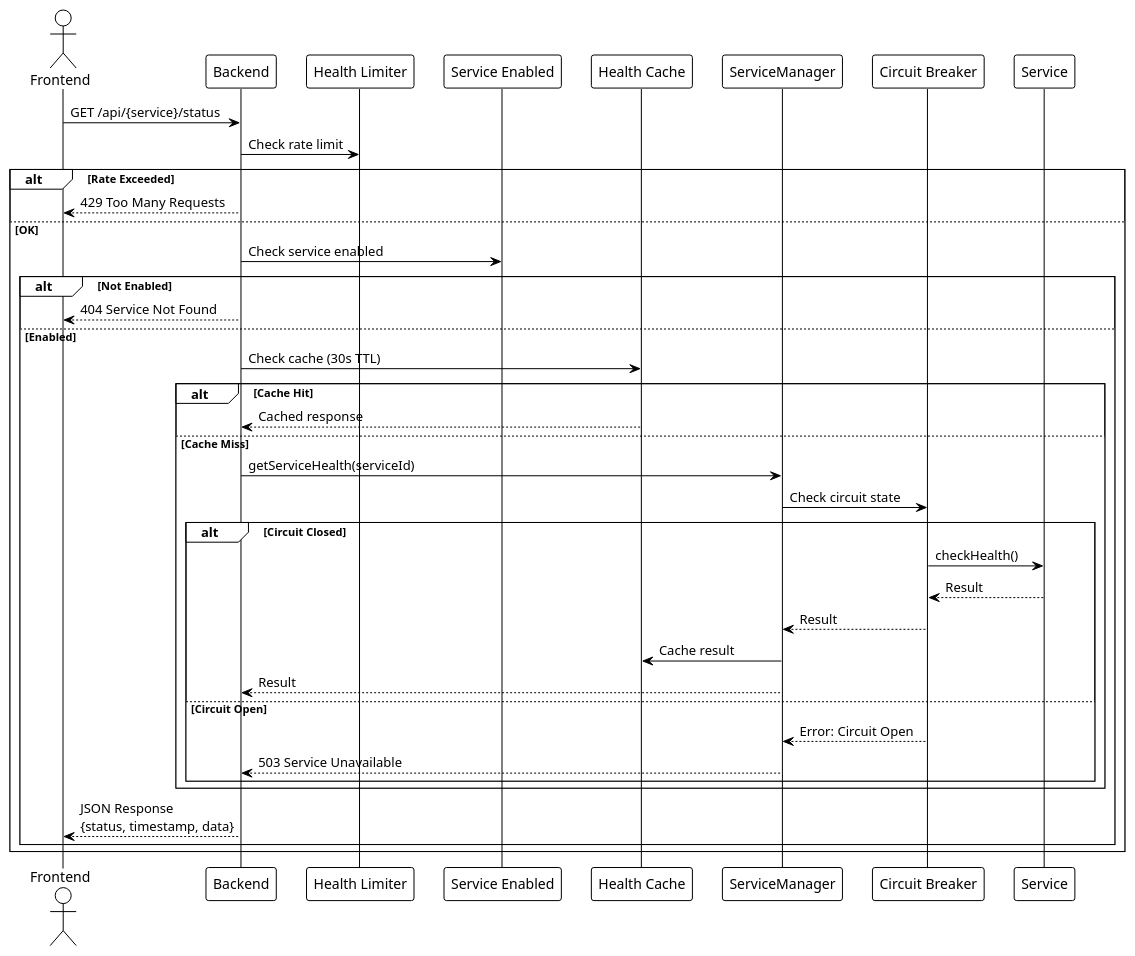
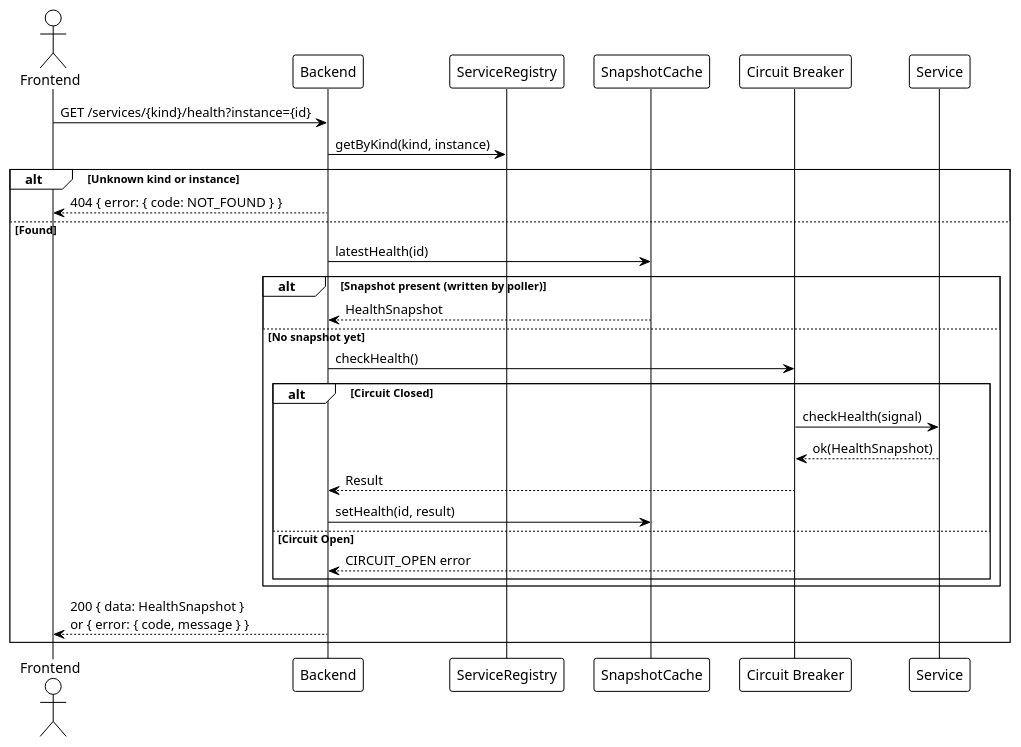
One commit to EraPartner/Watchman changed the first of 3 diagrams in docs/features/service-monitoring.md. Above: the diagram before and after it, drawn with PlantUML. The commit also changed other lines of this file and 32 other files, not shown here.

````diff
--- a/docs/features/service-monitoring.md
+++ b/docs/features/service-monitoring.md
@@ -163,44 +161,34 @@
 ```plantuml
 @startuml
 !theme plain
 
 actor "Frontend" as FE
 participant "Backend" as BE
-participant "Health Limiter" as RateLimit
-participant "Service Enabled" as SvcEnabled
-participant "Health Cache" as Cache
-participant "ServiceManager" as SvcMgr
+participant "ServiceRegistry" as Reg
+participant "SnapshotCache" as Cache
 participant "Circuit Breaker" as CB
 participant "Service" as Svc
 
-FE -> BE : GET /api/{service}/status
-BE -> RateLimit : Check rate limit
-alt Rate Exceeded
-    BE --> FE : 429 Too Many Requests
-else OK
-    BE -> SvcEnabled : Check service enabled
-    alt Not Enabled
-        BE --> FE : 404 Service Not Found
-    else Enabled
-        BE -> Cache : Check cache (30s TTL)
-        alt Cache Hit
-            Cache --> BE : Cached response
-        else Cache Miss
-            BE -> SvcMgr : getServiceHealth(serviceId)
-            SvcMgr -> CB : Check circuit state
-            alt Circuit Closed
-                CB -> Svc : checkHealth()
-                Svc --> CB : Result
-                CB --> SvcMgr : Result
-                SvcMgr -> Cache : Cache result
-                SvcMgr --> BE : Result
-            else Circuit Open
-                CB --> SvcMgr : Error: Circuit Open
-                SvcMgr --> BE : 503 Service Unavailable
-            end
+FE -> BE : GET /services/{kind}/health?instance={id}
+BE -> Reg : getByKind(kind, instance)
+alt Unknown kind or instance
+    BE --> FE : 404 { error: { code: NOT_FOUND } }
+else Found
+    BE -> Cache : latestHealth(id)
+    alt Snapshot present (written by poller)
+        Cache --> BE : HealthSnapshot
+    else No snapshot yet
+        BE -> CB : checkHealth()
+        alt Circuit Closed
+            CB -> Svc : checkHealth(signal)
+            Svc --> CB : ok(HealthSnapshot)
+            CB --> BE : Result
+            BE -> Cache : setHealth(id, result)
+        else Circuit Open
+            CB --> BE : CIRCUIT_OPEN error
         end
-        BE --> FE : JSON Response\n{status, timestamp, data}
     end
+    BE --> FE : 200 { data: HealthSnapshot }\nor { error: { code, message } }
 end
 @enduml
 ```
````
